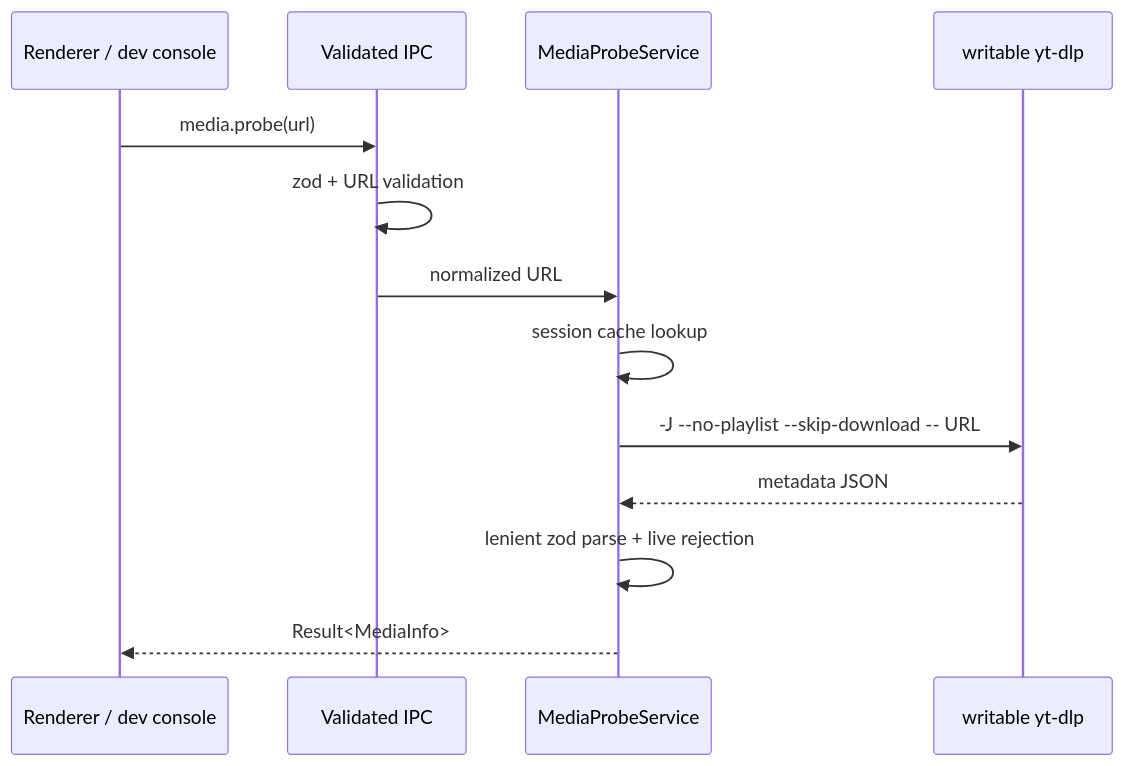
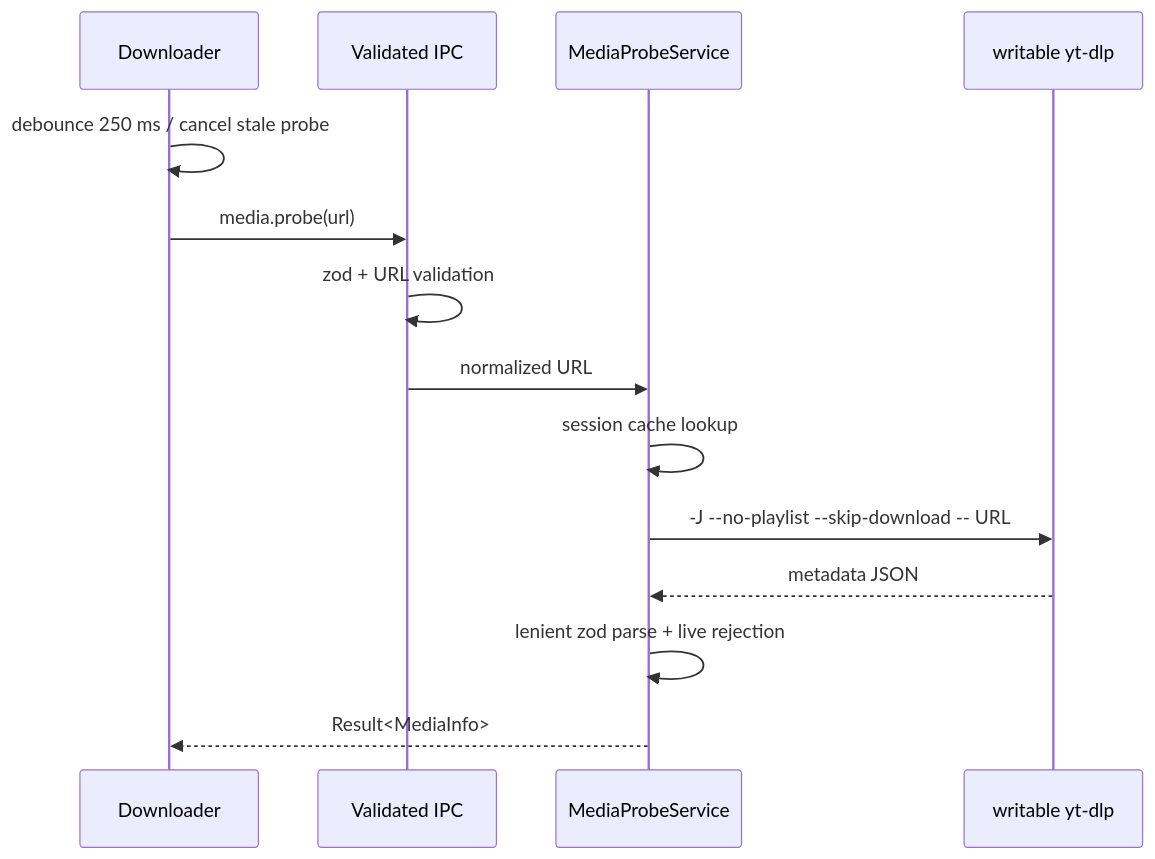
Before and after one commit to hussainislive/HA-VideoDownloader: the third of 6 diagrams in docs/ARCHITECTURE.md, drawn with Mermaid. The commit also changed other lines of this file and 10 other files, not shown here.

````diff
--- a/docs/ARCHITECTURE.md
+++ b/docs/ARCHITECTURE.md
@@ -122,15 +134,16 @@
 ```mermaid
 sequenceDiagram
-  participant UI as Renderer / dev console
+  participant UI as Downloader
   participant IPC as Validated IPC
   participant Probe as MediaProbeService
   participant Engine as writable yt-dlp
+  UI->>UI: debounce 250 ms / cancel stale probe
   UI->>IPC: media.probe(url)
   IPC->>IPC: zod + URL validation
   IPC->>Probe: normalized URL
   Probe->>Probe: session cache lookup
   Probe->>Engine: -J --no-playlist --skip-download -- URL
   Engine-->>Probe: metadata JSON
   Probe->>Probe: lenient zod parse + live rejection
   Probe-->>UI: Result<MediaInfo>
 ```
````
